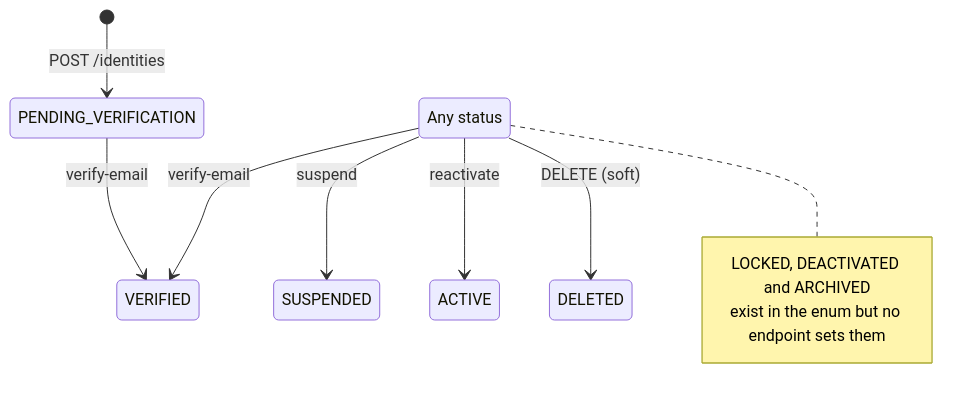
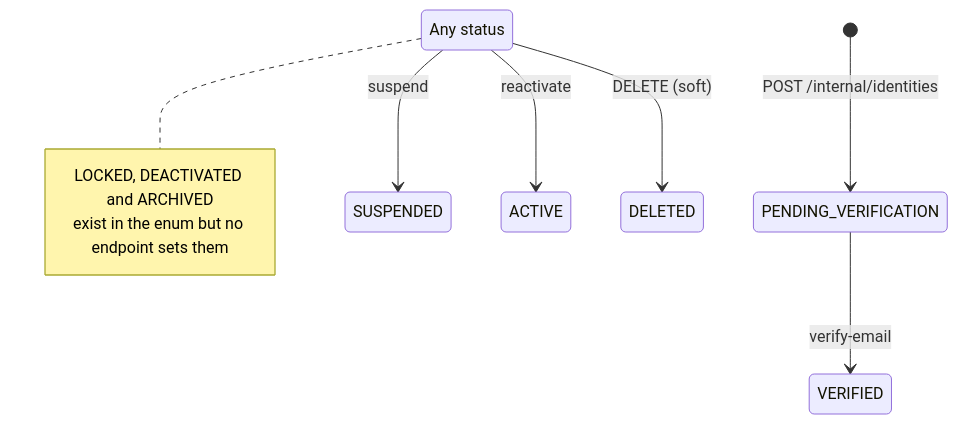
One commit to master-node1/the-aura-lab changed the second of 6 diagrams in services/identity-service/README.md. Above: the diagram before and after it, drawn with Mermaid. The commit also changed other lines of this file and 68 other files, not shown here.

````diff
--- a/services/identity-service/README.md
+++ b/services/identity-service/README.md
@@ -108,11 +121,10 @@
 ```mermaid
 stateDiagram-v2
-    [*] --> PENDING_VERIFICATION: POST /identities
+    [*] --> PENDING_VERIFICATION: POST /internal/identities
     PENDING_VERIFICATION --> VERIFIED: verify-email
     state "Any status" as ANY
     ANY --> SUSPENDED: suspend
     ANY --> ACTIVE: reactivate
     ANY --> DELETED: DELETE (soft)
-    ANY --> VERIFIED: verify-email
     note right of ANY: LOCKED, DEACTIVATED and ARCHIVED<br/>exist in the enum but no endpoint sets them
 ```
````
